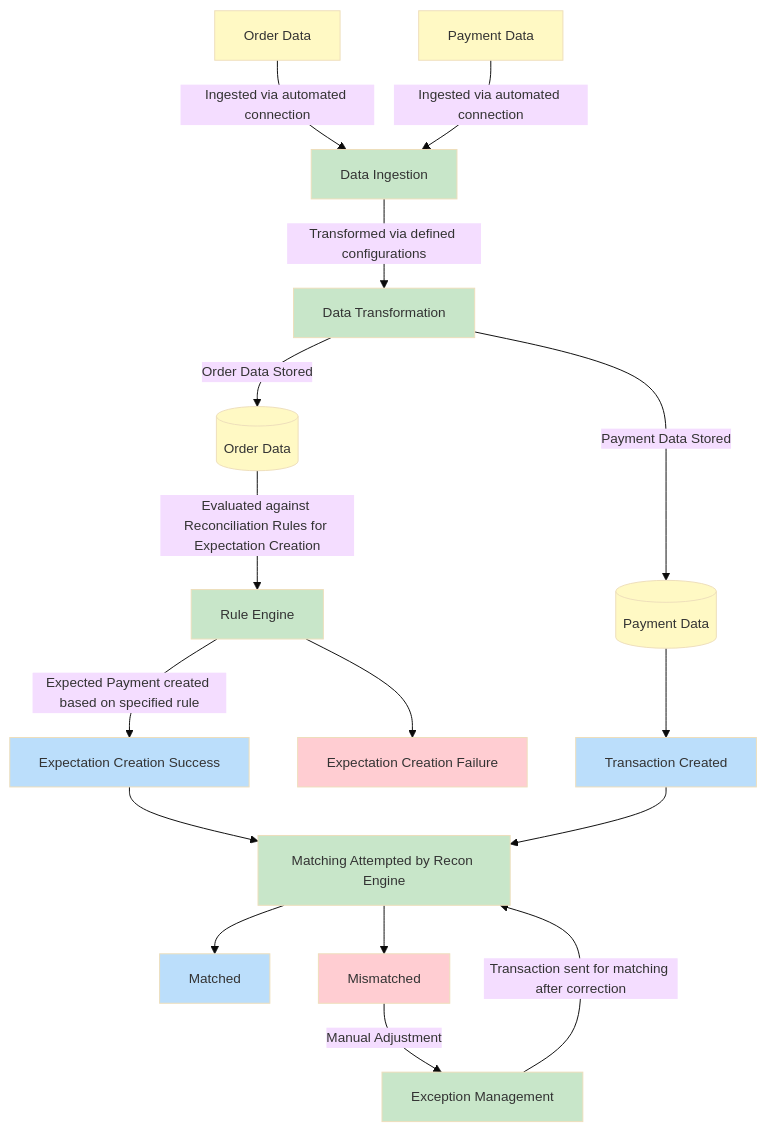
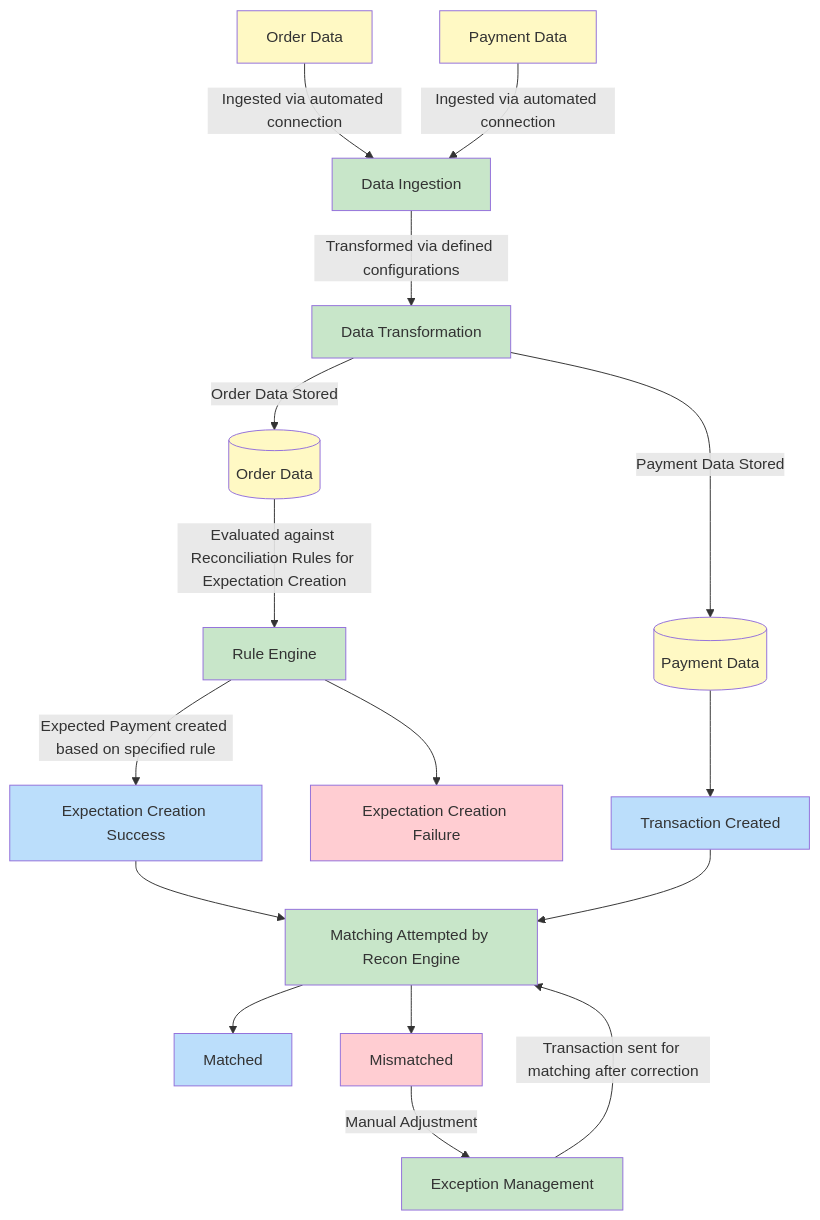
One commit to juspay/hyperswitch-docs changed the diagram in explore-hyperswitch/payments-modules/reconciliation-product/example-e-commerce.md. Above: the diagram before and after it, drawn with Mermaid. The commit also changed other lines of this file and 54 other files, not shown here.

````diff
--- a/explore-hyperswitch/payments-modules/reconciliation-product/example-e-commerce.md
+++ b/explore-hyperswitch/payments-modules/reconciliation-product/example-e-commerce.md
@@ -7,33 +9,32 @@
 ```mermaid
-%%{init: {"theme": "base", "themeVariables": {"fontFamily": "Inter", "fontSize": "14px"}}}%%
 flowchart TB
     OD["Order Data"] -- Ingested via automated connection --> DI["Data Ingestion"]
     PD["Payment Data"] -- Ingested via automated connection --> DI
     DI -- Transformed via defined configurations --> DT["Data Transformation"]
     DT -- Order Data Stored --> ODB[("Order Data")]
     DT -- Payment Data Stored --> PDB[("Payment Data")]
     ODB -- Evaluated against Reconciliation Rules for Expectation Creation --> RE["Rule Engine"]
     RE -- Expected Payment created based on specified rule --> ECS["Expectation Creation Success"]
     RE --> ECF["Expectation Creation Failure"]
     PDB --> TC["Transaction Created"]
     ECS --> MA["Matching Attempted by Recon Engine"]
     TC --> MA
     MA --> M["Matched"] & MM["Mismatched"]
     MM -- Manual Adjustment --> EM["Exception Management"]
     EM -- Transaction sent for matching after correction --> MA
 
     style OD fill:#FFF9C4
     style DI fill:#C8E6C9
     style PD fill:#FFF9C4
     style DT fill:#C8E6C9
     style ODB fill:#FFF9C4
     style PDB fill:#FFF9C4
     style RE fill:#C8E6C9
     style ECS fill:#BBDEFB
     style ECF fill:#FFCDD2
     style TC fill:#BBDEFB
     style MA fill:#C8E6C9
     style M fill:#BBDEFB
     style MM fill:#FFCDD2
     style EM fill:#C8E6C9
 ```
````
